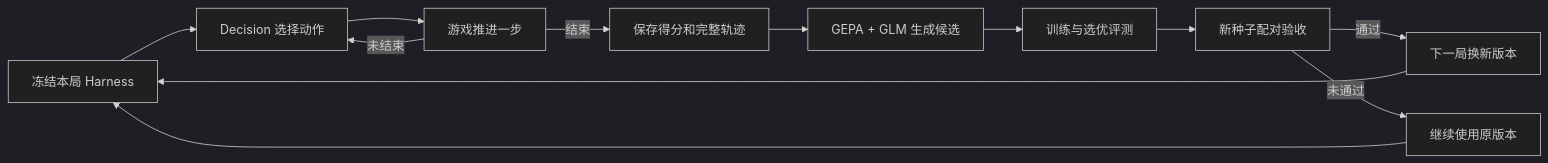
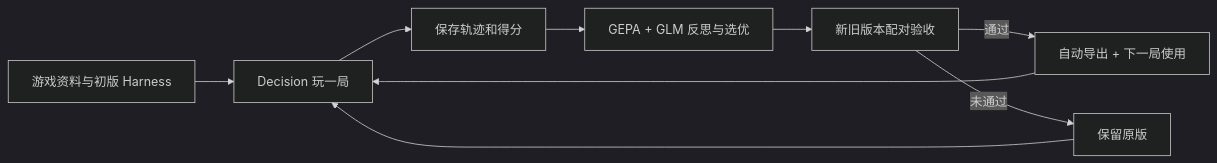
Before and after one commit to dctongsheng/game-harness-lab: the diagram in README.md, drawn with Mermaid (dark theme). The commit also changed other lines of this file and 29 other files, not shown here.

Commit message:
Generalize GEPA game Harness engine and add Decision-only Xiangqi

````diff
--- a/README.md
+++ b/README.md
@@ -42,14 +23,11 @@
 ```mermaid
 flowchart LR
-    A[冻结本局 Harness] --> B[Decision 选择动作]
-    B --> C[游戏推进一步]
-    C -->|未结束| B
-    C -->|结束| D[保存得分和完整轨迹]
-    D --> E[GEPA + GLM 生成候选]
-    E --> F[训练与选优评测]
-    F --> G[新种子配对验收]
-    G -->|通过| H[下一局换新版本]
-    G -->|未通过| I[继续使用原版本]
-    H --> A
-    I --> A
+    A[游戏资料与初版 Harness] --> B[Decision 玩一局]
+    B --> C[保存轨迹和得分]
+    C --> D[GEPA + GLM 反思与选优]
+    D --> E[新旧版本配对验收]
+    E -->|通过| F[自动导出 + 下一局使用]
+    E -->|未通过| G[保留原版]
+    F --> B
+    G --> B
 ```
````
